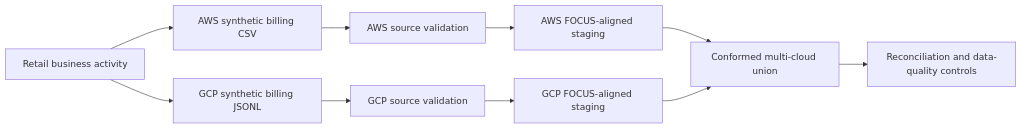
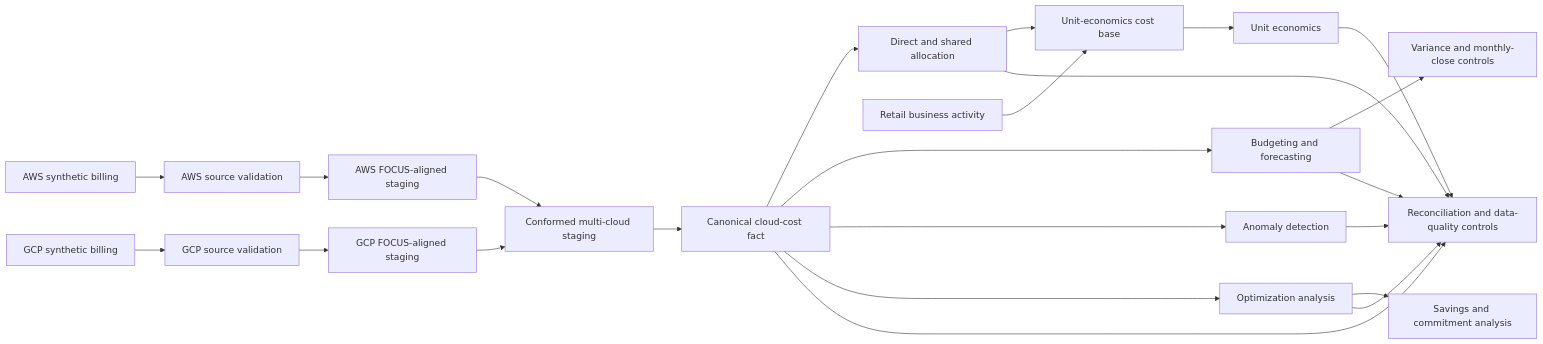
The diagram in README.md (Venkat-Poladi/retail-finops-platform), drawn with Mermaid before and after one commit. The commit also changed other lines of this file, not shown here.

````diff
--- a/README.md
+++ b/README.md
@@ -38,13 +49,32 @@
 ```mermaid
 flowchart LR
-    A[AWS synthetic billing CSV] --> B[AWS source validation]
-    C[GCP synthetic billing JSONL] --> D[GCP source validation]
-    B --> E[AWS FOCUS-aligned staging]
+    A[AWS synthetic billing] --> C[AWS source validation]
+    B[GCP synthetic billing] --> D[GCP source validation]
+
+    C --> E[AWS FOCUS-aligned staging]
     D --> F[GCP FOCUS-aligned staging]
-    E --> G[Conformed multi-cloud union]
+
+    E --> G[Conformed multi-cloud staging]
     F --> G
-    G --> H[Reconciliation and data-quality controls]
 
-    I[Retail business activity] --> A
-    I --> C
+    G --> H[Canonical cloud-cost fact]
+
+    H --> I[Direct and shared allocation]
+    H --> J[Budgeting and forecasting]
+    H --> K[Anomaly detection]
+    H --> L[Optimization analysis]
+
+    I --> M[Unit-economics cost base]
+    N[Retail business activity] --> M
+
+    M --> O[Unit economics]
+    J --> P[Variance and monthly-close controls]
+    L --> Q[Savings and commitment analysis]
+
+    H --> R[Reconciliation and data-quality controls]
+    I --> R
+    J --> R
+    K --> R
+    L --> R
+    O --> R
 ```
````
